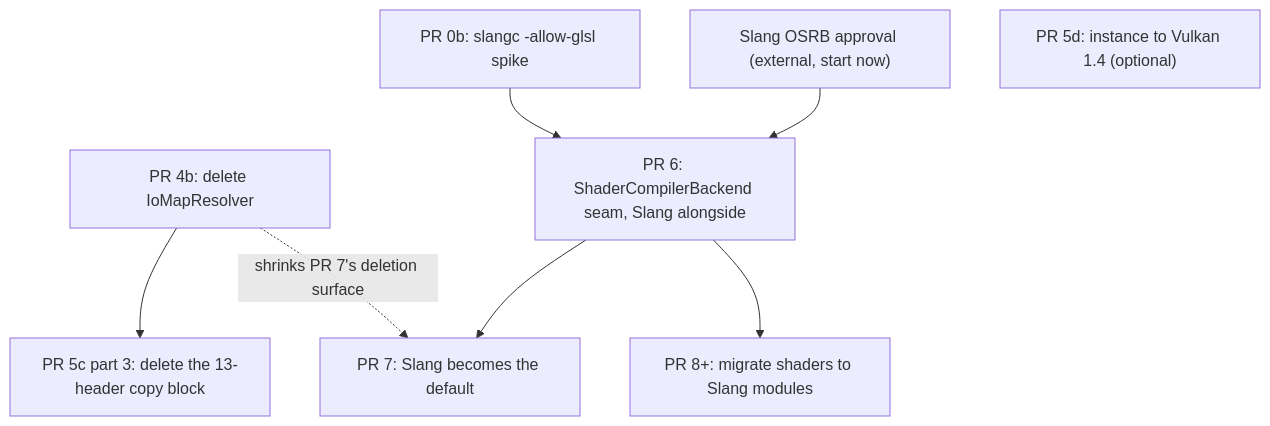
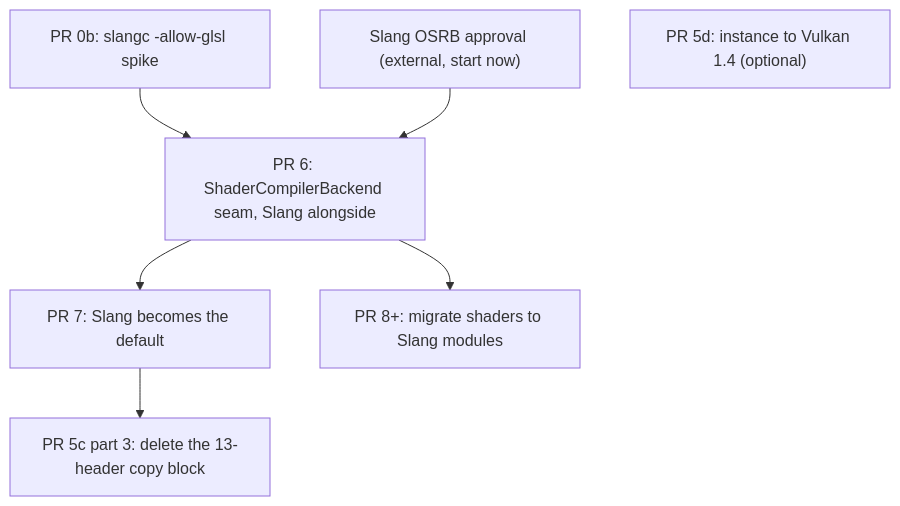
One commit to heavyai/heavydb changed the diagram in .cursor/plans/remaining-slang-migration-work.md. Above: the diagram before and after it, drawn with Mermaid. The commit also changed other lines of this file, not shown here.

````diff
--- a/.cursor/plans/remaining-slang-migration-work.md
+++ b/.cursor/plans/remaining-slang-migration-work.md
@@ -55,18 +56,16 @@
 ```mermaid
 flowchart TD
     OSRB["Slang OSRB approval (external, start now)"]
     PR0b["PR 0b: slangc -allow-glsl spike"]
-    PR4b["PR 4b: delete IoMapResolver"]
     PR5c3["PR 5c part 3: delete the 13-header copy block"]
     PR5d["PR 5d: instance to Vulkan 1.4 (optional)"]
     PR6["PR 6: ShaderCompilerBackend seam, Slang alongside"]
     PR7["PR 7: Slang becomes the default"]
     PR8["PR 8+: migrate shaders to Slang modules"]
 
-    PR4b --> PR5c3
     PR0b --> PR6
     OSRB --> PR6
     PR6 --> PR7
     PR6 --> PR8
-    PR4b -.->|"shrinks PR 7's deletion surface"| PR7
+    PR7 --> PR5c3
 ```
````
